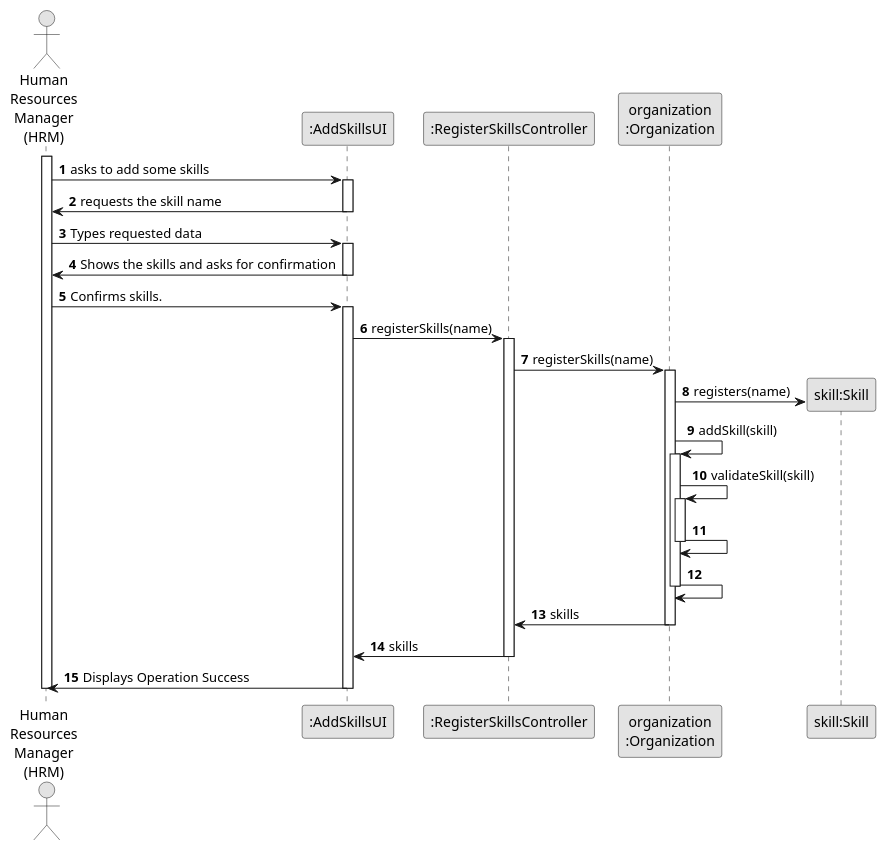
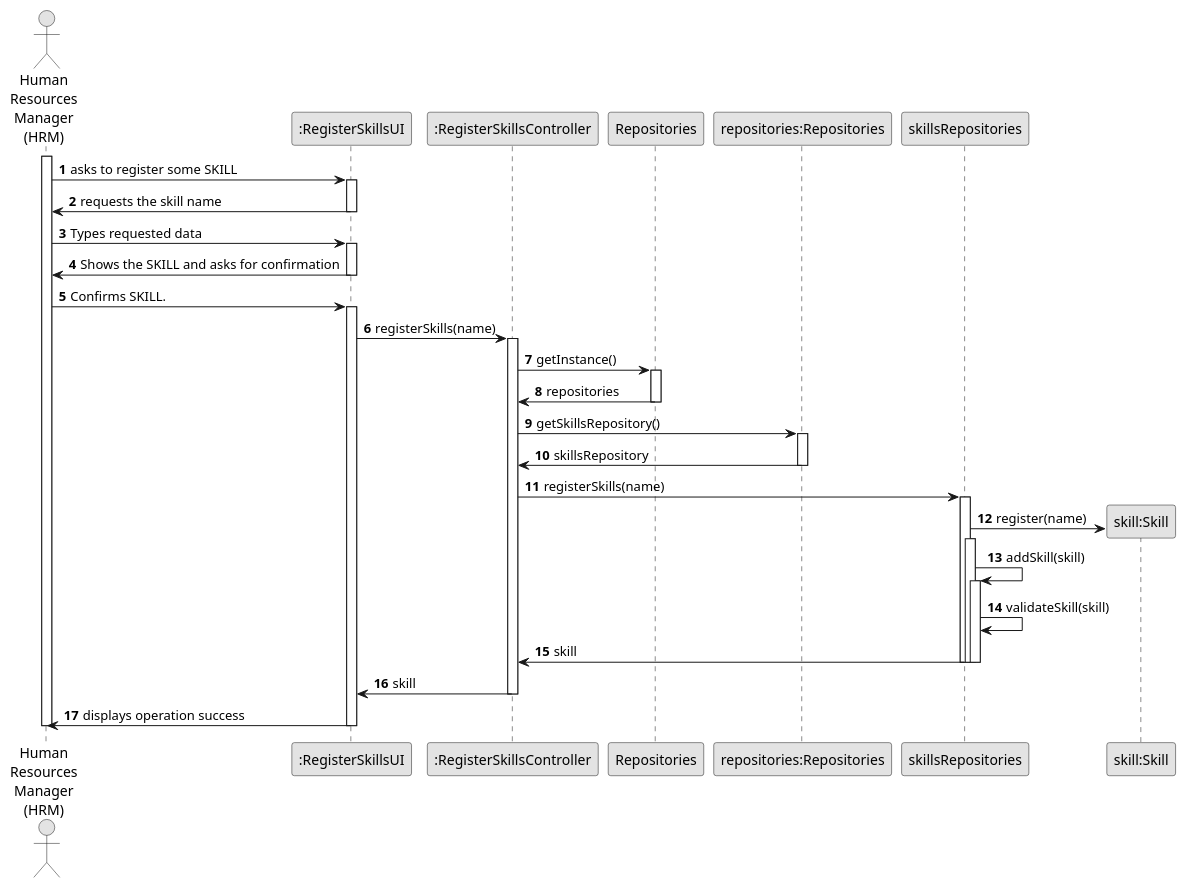
The diagram in docs/sprintB/us001/03.design/puml/us001-sequence-diagram-full.puml (diogoveirospro/lei-24-s2-1dg-g072), drawn with PlantUML before and after one commit.

Commit message:
Made changes to US01 design sequence diagram full

```diff
--- a/docs/sprintB/us001/03.design/puml/us001-sequence-diagram-full.puml
+++ b/docs/sprintB/us001/03.design/puml/us001-sequence-diagram-full.puml
@@ -1,58 +1,75 @@
 @startuml
 skinparam monochrome true
 skinparam packageStyle rectangle
 skinparam shadowing false
 
 autonumber
 
 'hide footbox
 actor "Human\nResources\nManager\n(HRM)" as HRM
-participant ":AddSkillsUI" as UI
+participant ":RegisterSkillsUI" as UI
 participant ":RegisterSkillsController" as CTRL
-participant "organization\n:Organization" as ORG
+participant Repositories
+participant "repositories:Repositories" as REP
+participant "skillsRepositories" as SREP
 participant "skill:Skill" as SKILL
+
 activate HRM
 
 
-        HRM -> UI : asks to add some skills
+        HRM -> UI : asks to register some SKILL
         activate UI
 
                 UI -> HRM : requests the skill name
         deactivate UI
         HRM -> UI: Types requested data
         activate UI
 
-                UI -> HRM : Shows the skills and asks for confirmation
+                UI -> HRM : Shows the SKILL and asks for confirmation
         deactivate UI
-        HRM -> UI : Confirms skills.
+        HRM -> UI : Confirms SKILL.
         activate UI
 
                 UI -> CTRL: registerSkills(name)
+
                 activate CTRL
 
-                        CTRL -> ORG: registerSkills(name)
-                        activate ORG
+                        CTRL -> Repositories: getInstance()
 
-                                ORG -> SKILL**: registers(name)
-                                ORG -> ORG: addSkill(skill)
-                                activate ORG
-                                        ORG -> ORG: validateSkill(skill)
-                                        activate ORG
+                        activate Repositories
 
-                                                ORG -> ORG
-                                        deactivate ORG
+                                Repositories -> CTRL: repositories
+                        deactivate Repositories
 
-                                        ORG -> ORG
-                                deactivate ORG
+                        CTRL -> REP: getSkillsRepository()
+                        activate REP
 
-                                ORG -> CTRL: skills
-                        deactivate ORG
+                                REP -> CTRL: skillsRepository
+                        deactivate REP
+                        CTRL -> SREP: registerSkills(name)
+                        activate SREP
 
-                        CTRL -> UI: skills
+                                SREP -> SKILL**: register(name)
+                                activate SREP
+
+                                SREP -> SREP: addSkill(skill)
+                                        activate SREP
+                                        SREP -> SREP: validateSkill(skill)
+
+
+
+
+
+                                SREP -> CTRL: skill
+                                        deactivate SREP
+                                deactivate SREP
+                        deactivate SREP
+
+                        CTRL -> UI: skill
                 deactivate CTRL
 
-                UI -> HRM: Displays Operation Success
+                UI -> HRM: displays operation success
         deactivate UI
 deactivate HRM
 
 @enduml
```
